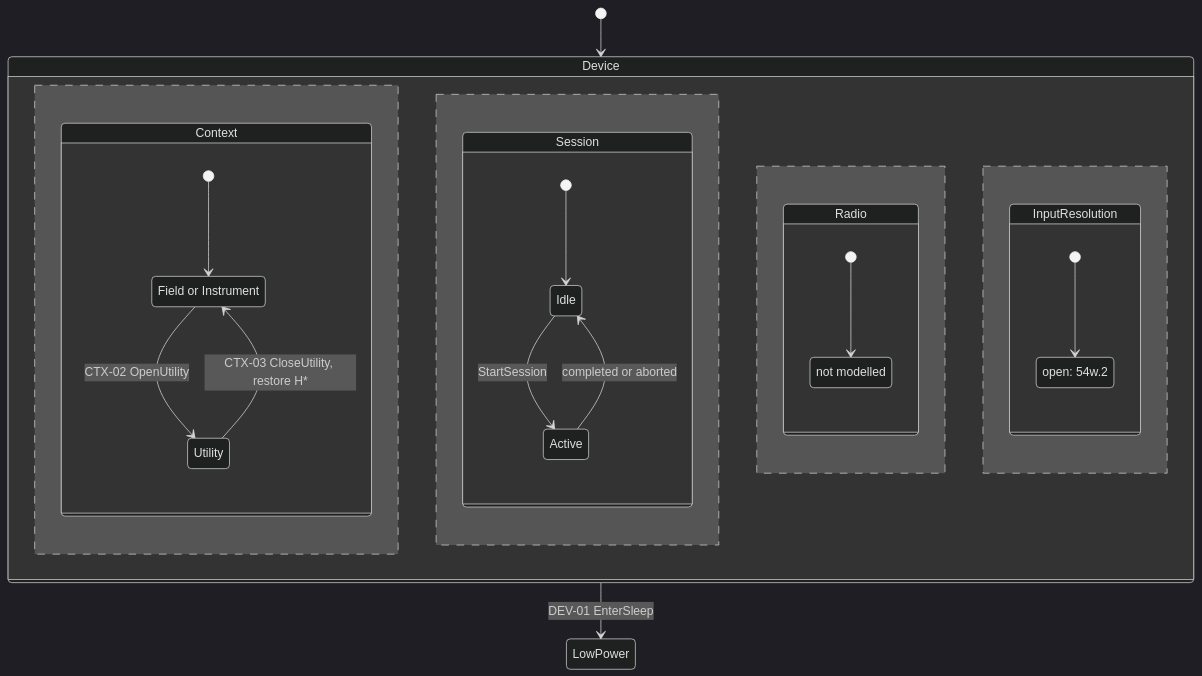
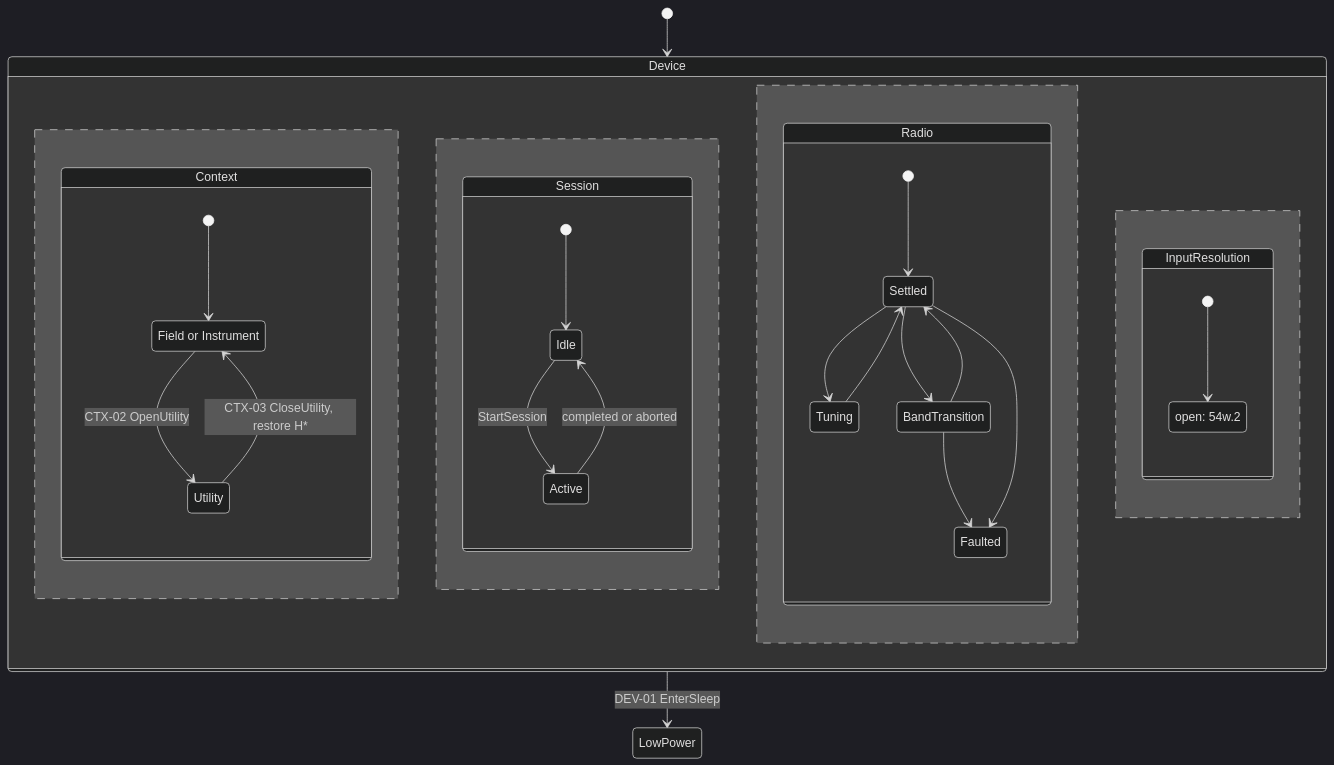
One commit to dwight9339/spooky_box_proto changed the diagram in docs/design/behavior/top-level.md. Above: the diagram before and after it, drawn with Mermaid (dark theme). The commit also changed other lines of this file and 4 other files, not shown here.

Commit message:
docs: model the Radio region, with stop or wrap stepping at band edges (54w.15)

````diff
--- a/docs/design/behavior/top-level.md
+++ b/docs/design/behavior/top-level.md
@@ -13,29 +13,34 @@
 ```mermaid
 stateDiagram-v2
     [*] --> Device
     state Device {
         state Context {
             [*] --> Operating
             Operating : Field or Instrument
             Operating --> Utility : CTX-02 OpenUtility
             Utility --> Operating : CTX-03 CloseUtility, restore H*
         }
         --
         state Session {
             [*] --> Idle
             Idle --> Active : StartSession
             Active --> Idle : completed or aborted
         }
         --
         state Radio {
-            [*] --> RadioDetail
-            state "not modelled" as RadioDetail
+            [*] --> Settled
+            Settled --> Tuning
+            Tuning --> Settled
+            Settled --> BandTransition
+            BandTransition --> Settled
+            BandTransition --> Faulted
+            Settled --> Faulted
         }
         --
         state InputResolution {
             [*] --> InputDetail
             state "open: 54w.2" as InputDetail
         }
     }
     Device --> LowPower : DEV-01 EnterSleep
 ```
````
